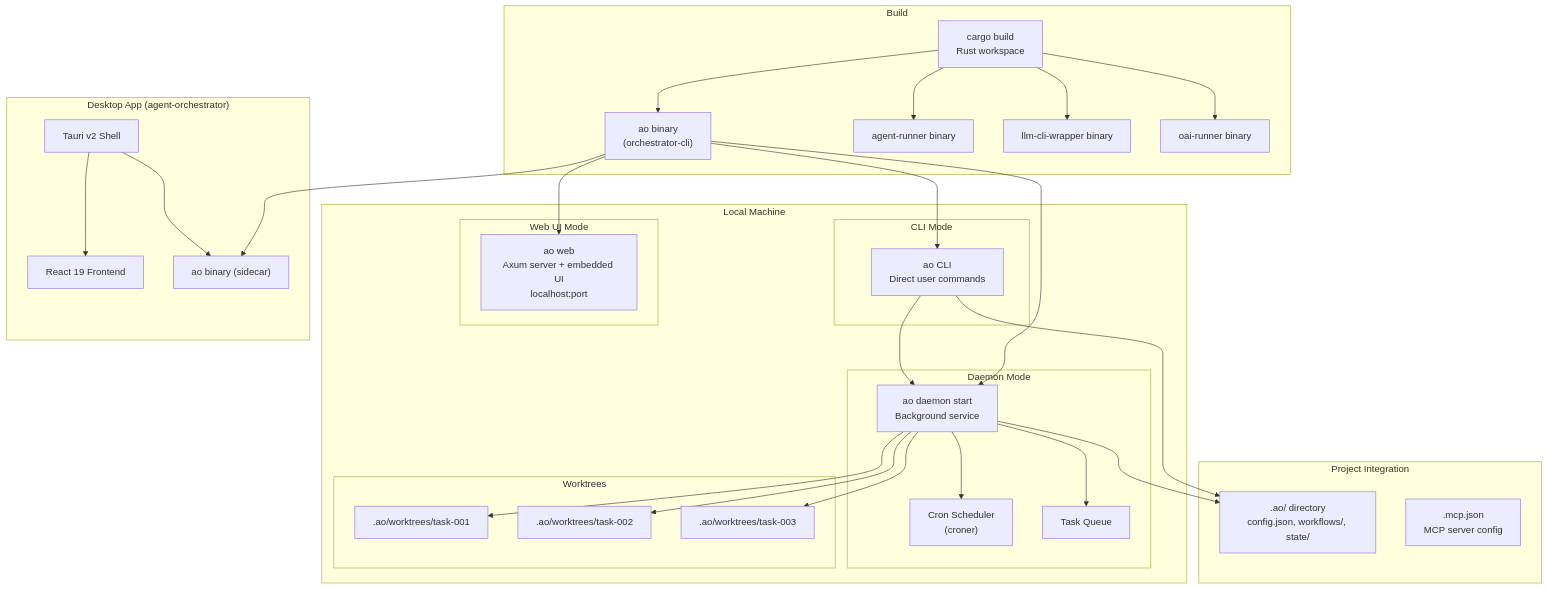
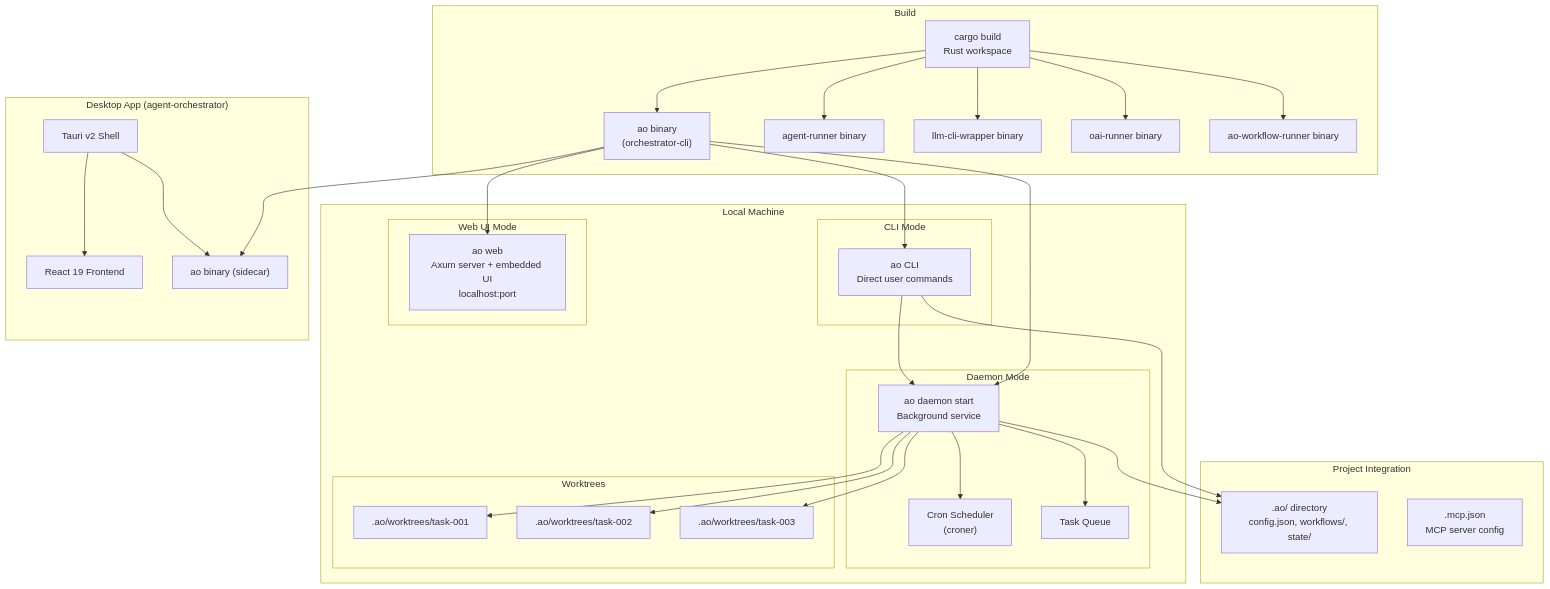
The diagram in knowledge/architecture/ao-cli-deployment.md (launchapp-dev/invoicer), drawn with Mermaid before and after one commit. The commit also changed other lines of this file and 11 other files, not shown here.

First line of the commit message:
fix(architecture): verify and correct diagrams against actual source code (#28)

````diff
--- a/knowledge/architecture/ao-cli-deployment.md
+++ b/knowledge/architecture/ao-cli-deployment.md
@@ -20,60 +20,61 @@
 ```mermaid
 graph TD
     subgraph "Build"
         CARGO[cargo build<br/>Rust workspace]
         CARGO --> AOBIN["ao binary<br/>(orchestrator-cli)"]
         CARGO --> ARBIN["agent-runner binary"]
         CARGO --> LLMBIN["llm-cli-wrapper binary"]
         CARGO --> OAIBIN["oai-runner binary"]
+        CARGO --> WFBIN["ao-workflow-runner binary"]
     end
 
     subgraph "Local Machine"
         subgraph "CLI Mode"
             AOCLI["ao CLI<br/>Direct user commands"]
         end
 
         subgraph "Daemon Mode"
             AODAEMON["ao daemon start<br/>Background service"]
             CRON["Cron Scheduler<br/>(croner)"]
             QUEUE["Task Queue"]
             AODAEMON --> CRON
             AODAEMON --> QUEUE
         end
 
         subgraph "Web UI Mode"
             WEBUI["ao web<br/>Axum server + embedded UI<br/>localhost:port"]
         end
 
         subgraph "Worktrees"
             WT1[".ao/worktrees/task-001"]
             WT2[".ao/worktrees/task-002"]
             WT3[".ao/worktrees/task-003"]
         end
 
         AOCLI --> AODAEMON
         AODAEMON --> WT1
         AODAEMON --> WT2
         AODAEMON --> WT3
     end
 
     subgraph "Desktop App (agent-orchestrator)"
         TAURI["Tauri v2 Shell"]
         REACT["React 19 Frontend"]
         SIDECAR["ao binary (sidecar)"]
         TAURI --> REACT
         TAURI --> SIDECAR
     end
 
     subgraph "Project Integration"
         AODIR[".ao/ directory<br/>config.json, workflows/, state/"]
         MCPJSON[".mcp.json<br/>MCP server config"]
     end
 
     AOBIN --> AOCLI
     AOBIN --> AODAEMON
     AOBIN --> WEBUI
     AOBIN --> SIDECAR
 
     AOCLI --> AODIR
     AODAEMON --> AODIR
 ```
````
